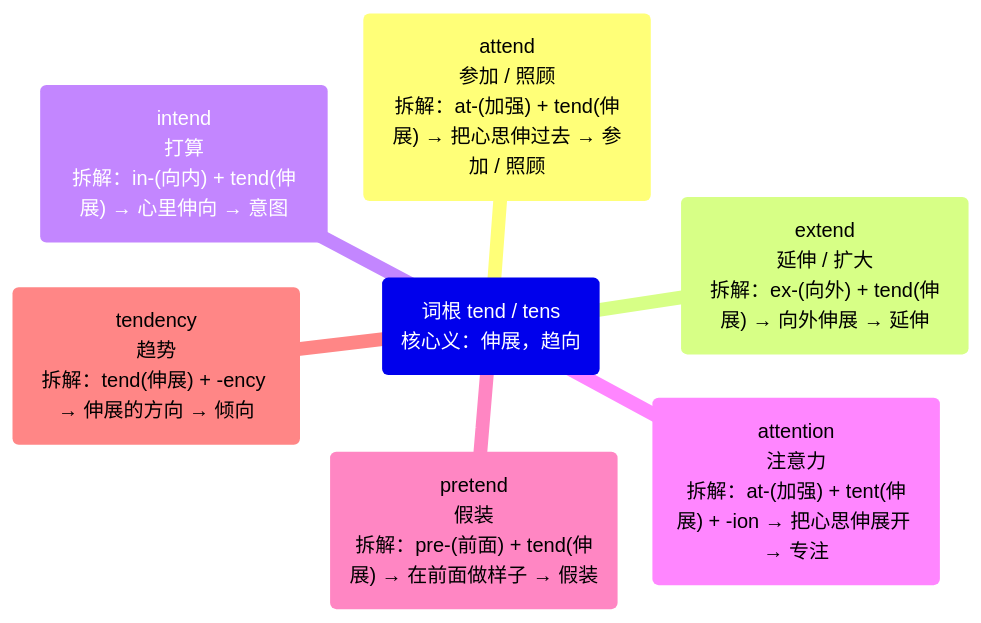
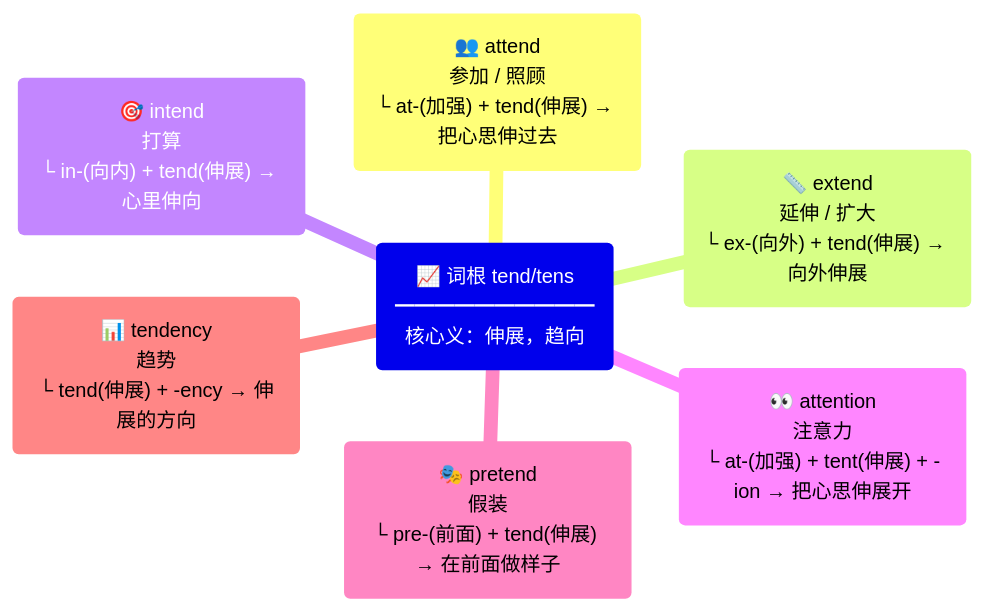
One commit to suhuide/h changed diagram 15 of 31 in files/other/e.md. Above: the diagram before and after it, drawn with Mermaid. The commit also changed other lines of this file, not shown here.

````diff
--- a/files/other/e.md
+++ b/files/other/e.md
@@ -158,10 +158,10 @@
 ```mermaid
 mindmap
-  root("词根 tend / tens<br>核心义：伸展，趋向")
-    attend("attend<br>参加 / 照顾<br>拆解：at-(加强) + tend(伸展) → 把心思伸过去 → 参加 / 照顾")
-    extend("extend<br>延伸 / 扩大<br>拆解：ex-(向外) + tend(伸展) → 向外伸展 → 延伸")
-    intend("intend<br>打算<br>拆解：in-(向内) + tend(伸展) → 心里伸向 → 意图")
-    attention("attention<br>注意力<br>拆解：at-(加强) + tent(伸展) + -ion → 把心思伸展开 → 专注")
-    pretend("pretend<br>假装<br>拆解：pre-(前面) + tend(伸展) → 在前面做样子 → 假装")
-    tendency("tendency<br>趋势<br>拆解：tend(伸展) + -ency → 伸展的方向 → 倾向")
+  root("📈 词根 tend/tens<br>━━━━━━━━━━<br>核心义：伸展，趋向")
+    attend("👥 attend<br>参加 / 照顾<br>└ at-(加强) + tend(伸展) → 把心思伸过去")
+    extend("📏 extend<br>延伸 / 扩大<br>└ ex-(向外) + tend(伸展) → 向外伸展")
+    intend("🎯 intend<br>打算<br>└ in-(向内) + tend(伸展) → 心里伸向")
+    attention("👀 attention<br>注意力<br>└ at-(加强) + tent(伸展) + -ion → 把心思伸展开")
+    pretend("🎭 pretend<br>假装<br>└ pre-(前面) + tend(伸展) → 在前面做样子")
+    tendency("📊 tendency<br>趋势<br>└ tend(伸展) + -ency → 伸展的方向")
 ```
````
